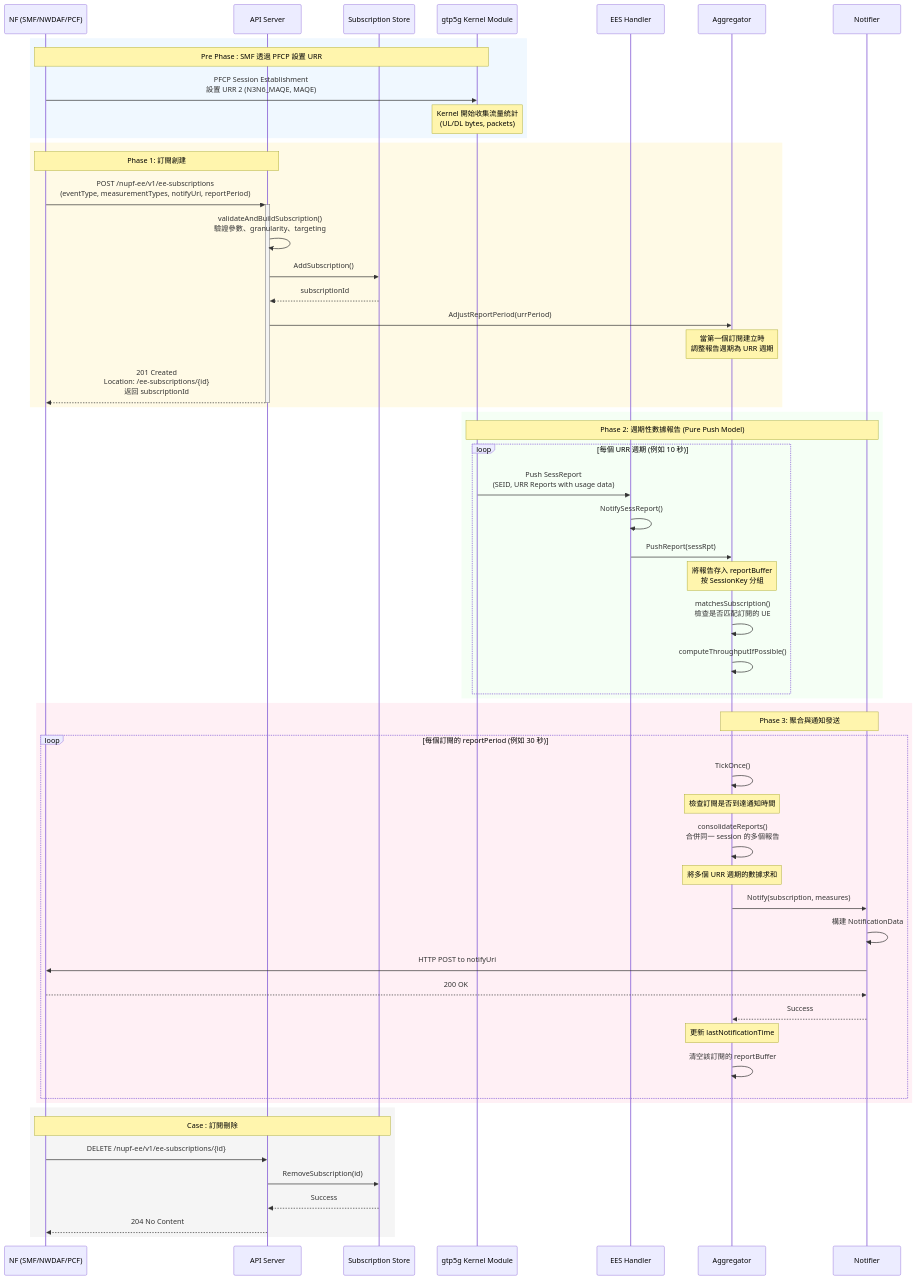
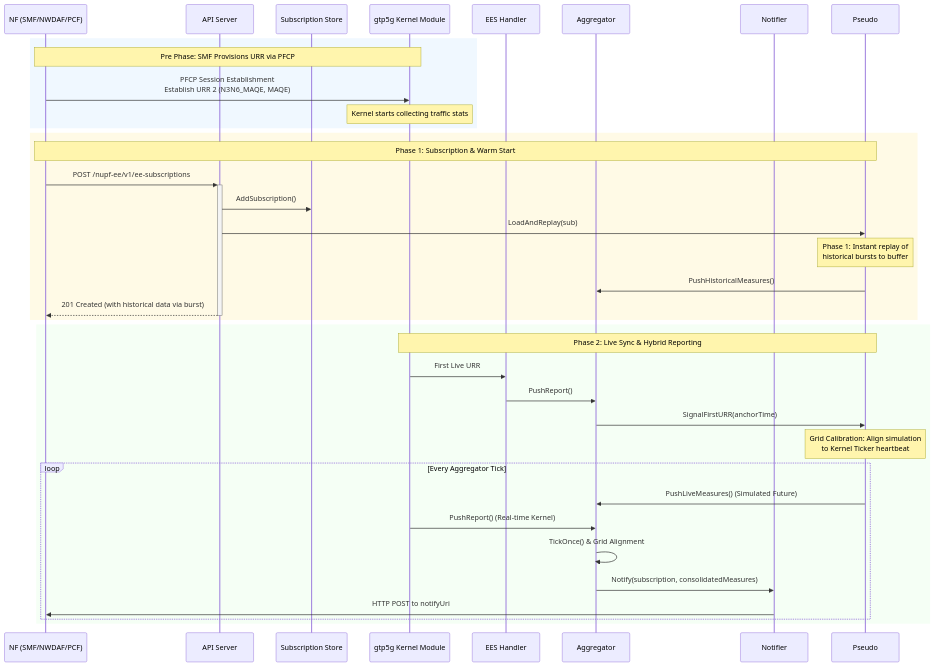
The diagram in README.md (Intelligent-Systems-Lab/go-upf), drawn with Mermaid before and after one commit. The commit also changed other lines of this file and 1 other file, not shown here.

Commit message:
feat: Introduce EES warm start functionality via a hybrid push model and add a detailed EES design document.

````diff
--- a/README.md
+++ b/README.md
@@ -141,69 +142,44 @@
 ```mermaid
 sequenceDiagram
     participant NF as NF (SMF/NWDAF/PCF)
     participant API as API Server
     participant Store as Subscription Store
     participant Kernel as gtp5g Kernel Module
     participant Handler as EES Handler
     participant Aggregator as Aggregator
     participant Notifier as Notifier
 
-    %% 顏色定義 (使用淺色系)
+    %% Color definitions (using light colors)
     rect rgb(240, 248, 255)
-    Note over NF,Kernel: Pre Phase : SMF 透過 PFCP 設置 URR
-    NF->>Kernel: PFCP Session Establishment<br/>設置 URR 2 (N3N6_MAQE, MAQE)
-    Note over Kernel: Kernel 開始收集流量統計<br/>(UL/DL bytes, packets)
+    Note over NF,Kernel: Pre Phase: SMF Provisions URR via PFCP
+    NF->>Kernel: PFCP Session Establishment<br/>Establish URR 2 (N3N6_MAQE, MAQE)
+    Note over Kernel: Kernel starts collecting traffic stats
     end
 
     rect rgb(255, 250, 230)
-    %% Phase 1: 訂閱創建
-    Note over NF,API: Phase 1: 訂閱創建
-    NF->>+API: POST /nupf-ee/v1/ee-subscriptions<br/>(eventType, measurementTypes, notifyUri, reportPeriod)
-    API->>API: validateAndBuildSubscription()<br/>驗證參數、granularity、targeting
+    %% Phase 1: Subscription & Warm Start
+    Note over NF,Pseudo: Phase 1: Subscription & Warm Start
+    NF->>+API: POST /nupf-ee/v1/ee-subscriptions
     API->>Store: AddSubscription()
-    Store-->>API: subscriptionId
-    API->>Aggregator: AdjustReportPeriod(urrPeriod)
-    Note over Aggregator: 當第一個訂閱建立時<br/>調整報告週期為 URR 週期
-    API-->>-NF: 201 Created<br/>Location: /ee-subscriptions/{id}<br/>返回 subscriptionId
+    API->>Pseudo: LoadAndReplay(sub)
+    Note over Pseudo: Phase 1: Instant replay of<br/>historical bursts to buffer
+    Pseudo->>Aggregator: PushHistoricalMeasures()
+    API-->>-NF: 201 Created (with historical data via burst)
     end
 
     rect rgb(245, 255, 245)
-    %% Phase 2: 週期性報告推送
-    Note over Kernel,Notifier: Phase 2: 週期性數據報告 (Pure Push Model)
-    loop 每個 URR 週期 (例如 10 秒)
-        Kernel->>Handler: Push SessReport<br/>(SEID, URR Reports with usage data)
-        Handler->>Handler: NotifySessReport()
-        Handler->>Aggregator: PushReport(sessRpt)
-        Note over Aggregator: 將報告存入 reportBuffer<br/>按 SessionKey 分組
-        Aggregator->>Aggregator: matchesSubscription()<br/>檢查是否匹配訂閱的 UE
-        Aggregator->>Aggregator: computeThroughputIfPossible()
+    %% Phase 2: Live Sync & Hybrid Reporting
+    Note over Kernel,Pseudo: Phase 2: Live Sync & Hybrid Reporting
+    Kernel->>Handler: First Live URR
+    Handler->>Aggregator: PushReport()
+    Aggregator->>Pseudo: SignalFirstURR(anchorTime)
+    Note over Pseudo: Grid Calibration: Align simulation<br/>to Kernel Ticker heartbeat
+    loop Every Aggregator Tick
+        Pseudo->>Aggregator: PushLiveMeasures() (Simulated Future)
+        Kernel->>Aggregator: PushReport() (Real-time Kernel)
+        Aggregator->>Aggregator: TickOnce() & Grid Alignment
+        Aggregator->>Notifier: Notify(subscription, consolidatedMeasures)
+        Notifier->>NF: HTTP POST to notifyUri
     end
     end
-
-    rect rgb(255, 240, 245)
-    %% Phase 3: 聚合與通知
-    Note over Aggregator,Notifier: Phase 3: 聚合與通知發送
-    loop 每個訂閱的 reportPeriod (例如 30 秒)
-        Aggregator->>Aggregator: TickOnce()
-        Note over Aggregator: 檢查訂閱是否到達通知時間
-        Aggregator->>Aggregator: consolidateReports()<br/>合併同一 session 的多個報告
-        Note over Aggregator: 將多個 URR 週期的數據求和
-        Aggregator->>Notifier: Notify(subscription, measures)
-        Notifier->>Notifier: 構建 NotificationData
-        Notifier->>NF: HTTP POST to notifyUri
-        NF-->>Notifier: 200 OK
-        Notifier-->>Aggregator: Success
-        Note over Aggregator: 更新 lastNotificationTime
-        Aggregator->>Aggregator: 清空該訂閱的 reportBuffer
-    end
-    end
-
-    rect rgb(245, 245, 245)
-    %% Case : 訂閱刪除
-    Note over NF,Store: Case : 訂閱刪除
-    NF->>API: DELETE /nupf-ee/v1/ee-subscriptions/{id}
-    API->>Store: RemoveSubscription(id)
-    Store-->>API: Success
-    API-->>NF: 204 No Content
-    end
 ```
````
